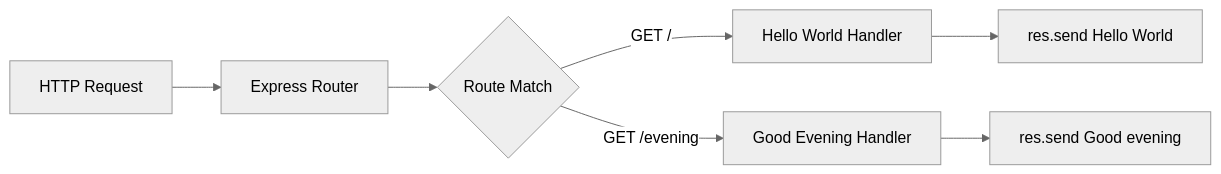
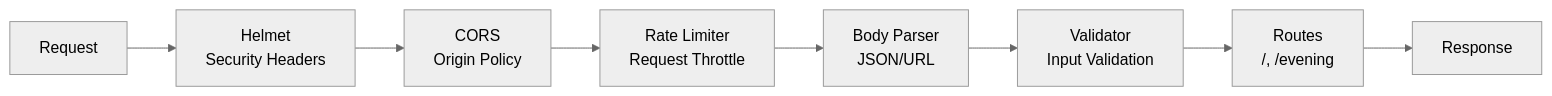
One commit to Sandeep01Kumar/29-dec-existing-projects-qa-test-2 changed the second of 3 diagrams in blitzy/documentation/Technical Specifications.md. Above: the diagram before and after it, drawn with Mermaid (neutral theme). The commit also changed other lines of this file, not shown here.

````diff
--- a/blitzy/documentation/Technical Specifications.md
+++ b/blitzy/documentation/Technical Specifications.md
@@ -238,9 +454,10 @@
 ```mermaid
 graph LR
-    A[HTTP Request] --> B[Express Router]
-    B --> C{Route Match}
-    C -->|GET /| D[Hello World Handler]
-    C -->|GET /evening| E[Good Evening Handler]
-    D --> F[res.send Hello World]
-    E --> G[res.send Good evening]
+    REQ[Request] --> A[Helmet<br/>Security Headers]
+    A --> B[CORS<br/>Origin Policy]
+    B --> C[Rate Limiter<br/>Request Throttle]
+    C --> D[Body Parser<br/>JSON/URL]
+    D --> E[Validator<br/>Input Validation]
+    E --> F[Routes<br/>/, /evening]
+    F --> RES[Response]
 ```
````
